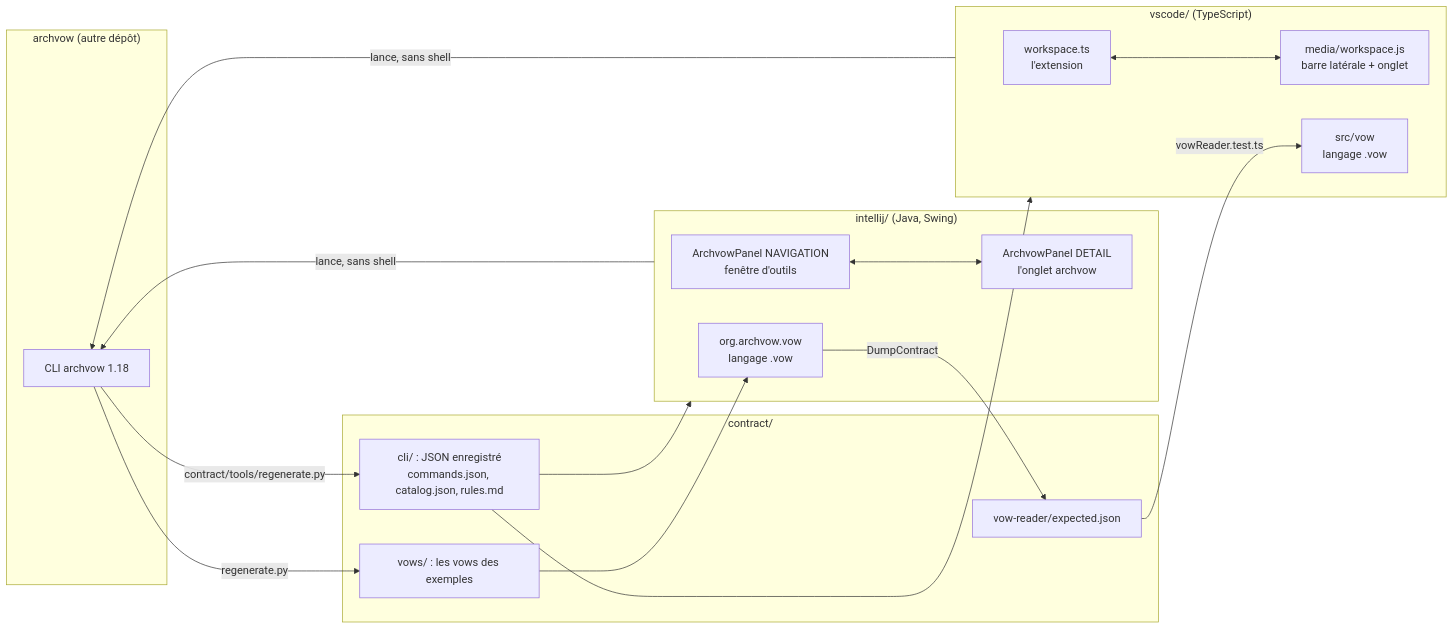
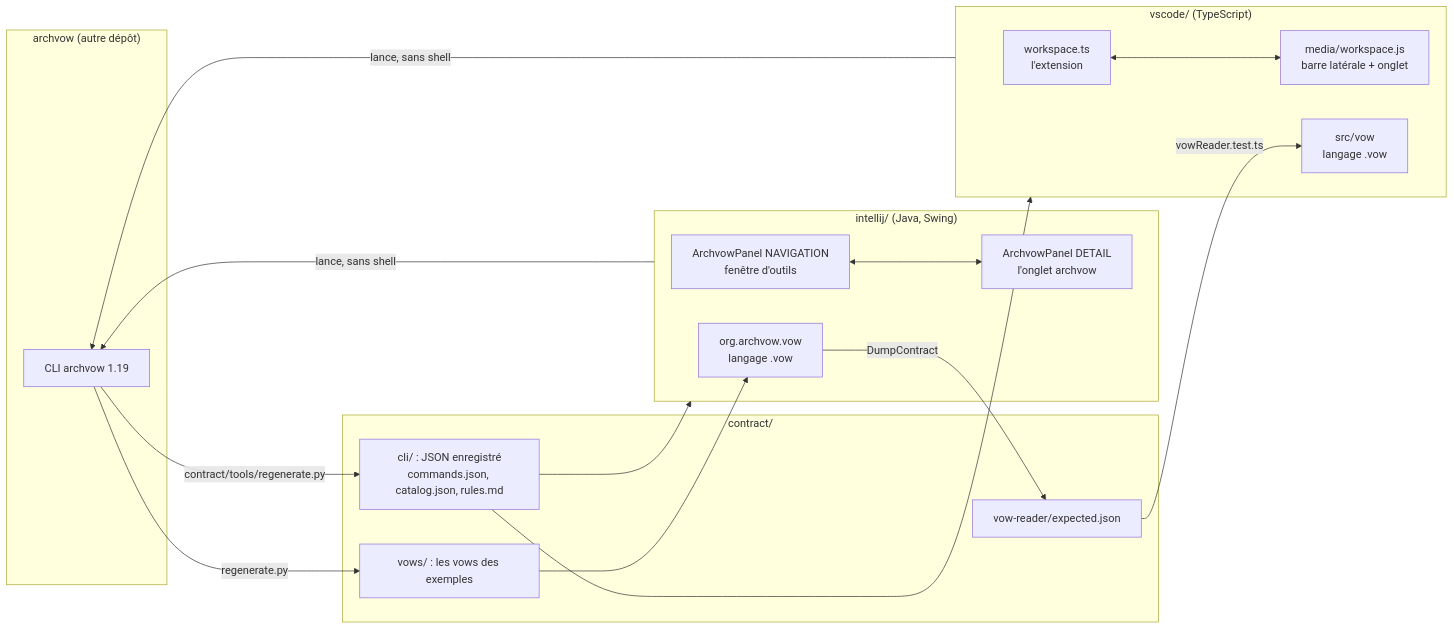
The diagram in wiki/home.md (archvow/archvow-plugin), drawn with Mermaid before and after one commit. The commit also changed other lines of this file and 119 other files, not shown here.

````diff
--- a/wiki/home.md
+++ b/wiki/home.md
@@ -52,32 +52,32 @@
 ```mermaid
 flowchart LR
   subgraph archvow["archvow (autre dépôt)"]
-    CLI[CLI archvow 1.18]
+    CLI[CLI archvow 1.19]
   end
   subgraph contract["contract/"]
     REC[cli/ : JSON enregistré<br/>commands.json, catalog.json, rules.md]
     VOWS[vows/ : les vows des exemples]
     EXP[vow-reader/expected.json]
   end
   CLI -->|contract/tools/regenerate.py| REC
   CLI -->|regenerate.py| VOWS
   subgraph ij["intellij/ (Java, Swing)"]
     NAV[ArchvowPanel NAVIGATION<br/>fenêtre d'outils]
     DET[ArchvowPanel DETAIL<br/>l'onglet archvow]
     VOWJ[org.archvow.vow<br/>langage .vow]
   end
   subgraph vs["vscode/ (TypeScript)"]
     WS[workspace.ts<br/>l'extension]
     PAGE[media/workspace.js<br/>barre latérale + onglet]
     VOWT[src/vow<br/>langage .vow]
   end
   REC --> ij
   REC --> vs
   VOWS --> VOWJ
   VOWJ -->|DumpContract| EXP
   EXP -->|vowReader.test.ts| VOWT
   NAV <--> DET
   WS <--> PAGE
   ij -->|lance, sans shell| CLI
   vs -->|lance, sans shell| CLI
 ```
````
